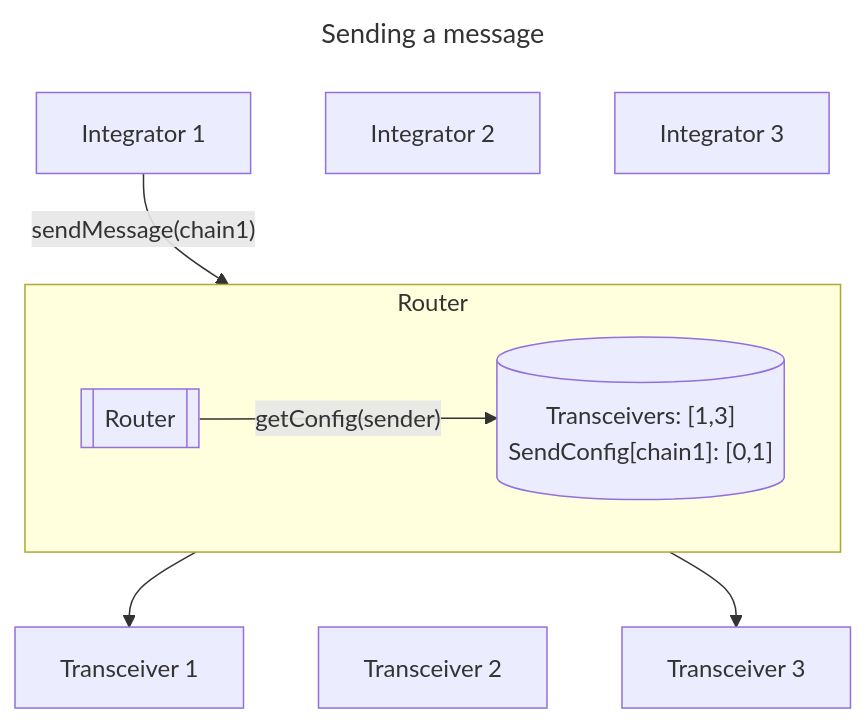
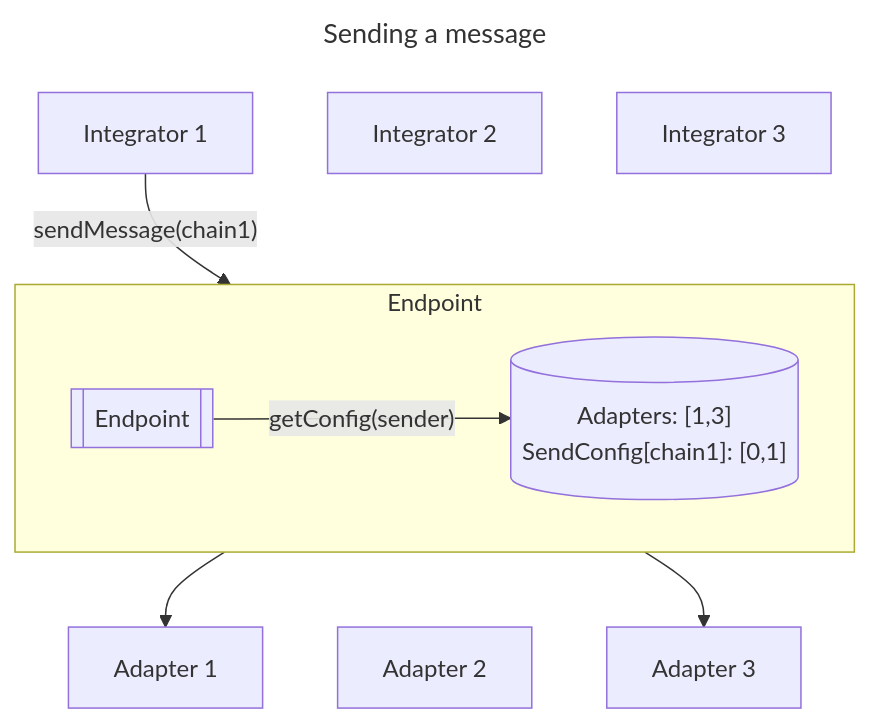
One commit to wormholelabs-xyz/example-messaging-endpoint changed the first of 2 diagrams in README.md. Above: the diagram before and after it, drawn with Mermaid. The commit also changed other lines of this file and 144 other files, not shown here.

````diff
--- a/README.md
+++ b/README.md
@@ -61,19 +61,19 @@
 ```mermaid
 ---
 title: Sending a message
 ---
 flowchart TD
-    A1[Integrator 1] -->|"sendMessage(chain1)"| Router
-    A2[Integrator 2] ~~~ Router
-    A3[Integrator 3] ~~~ Router
-    subgraph Router
+    A1[Integrator 1] -->|"sendMessage(chain1)"| Endpoint
+    A2[Integrator 2] ~~~ Endpoint
+    A3[Integrator 3] ~~~ Endpoint
+    subgraph Endpoint
         direction LR
-        B[[Router]] -->|"getConfig(sender)"| BS[("
-            Transceivers: [1,3]
+        B[[Endpoint]] -->|"getConfig(sender)"| BS[("
+            Adapters: [1,3]
             SendConfig[chain1]: [0,1]
         ")]
     end
-    Router[[Router]] --> C1[Transceiver 1]
-    Router[[Router]] ~~~ C2[Transceiver 2]
-    Router[[Router]] --> C3[Transceiver 3]
+    Endpoint[[Endpoint]] --> C1[Adapter 1]
+    Endpoint[[Endpoint]] ~~~ C2[Adapter 2]
+    Endpoint[[Endpoint]] --> C3[Adapter 3]
 ```
````
